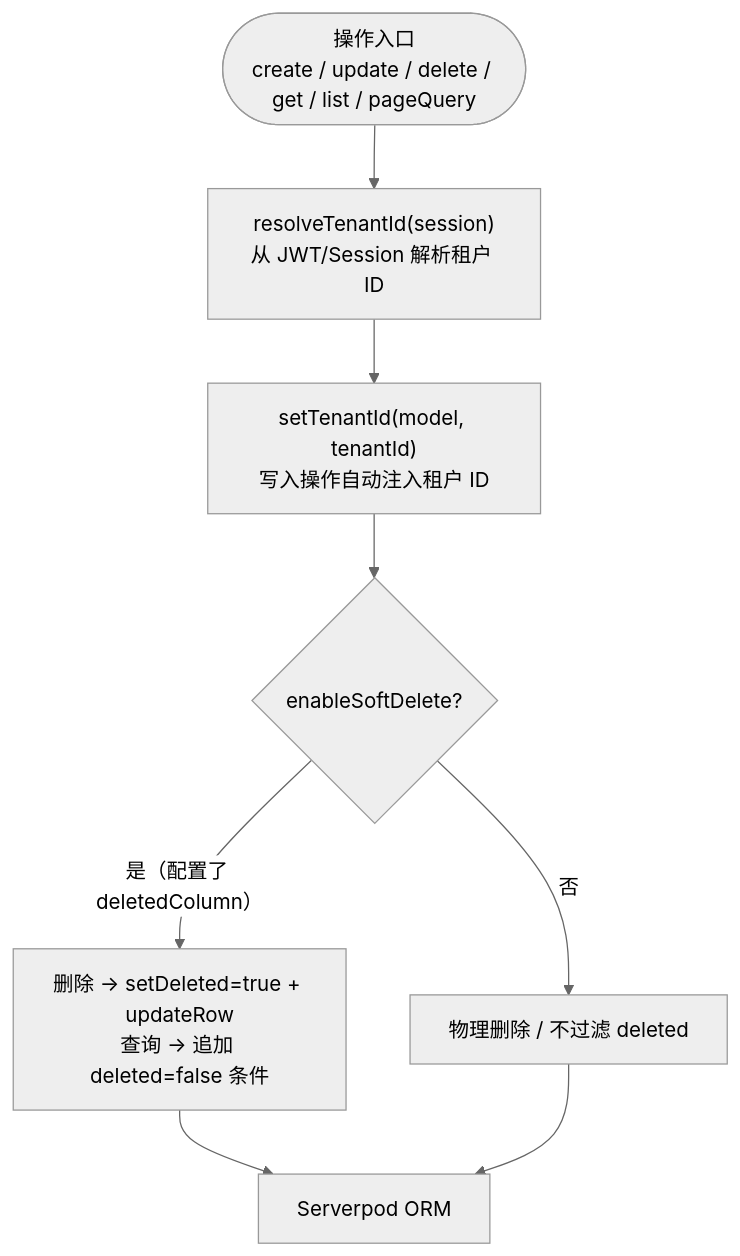
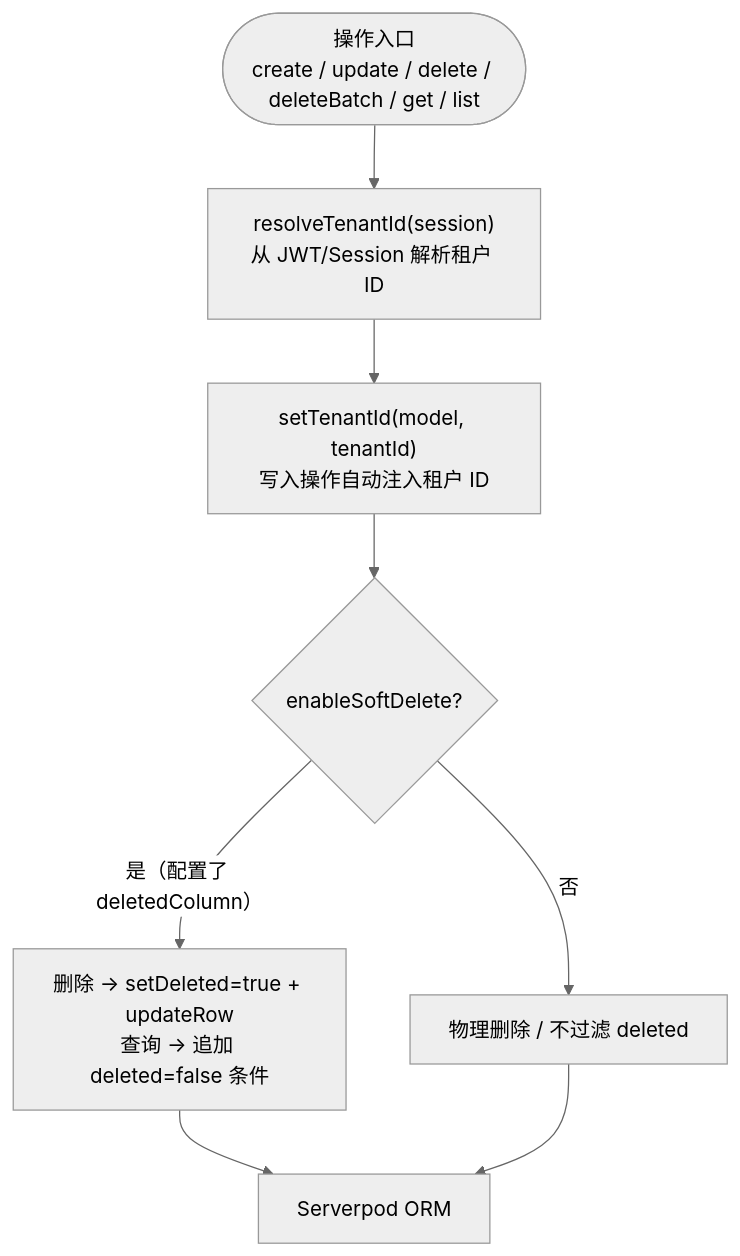
The third of 8 diagrams in serverpod_crud/README.md (coderxsle/flutter_web_admin), drawn with Mermaid (neutral theme) before and after one commit. The commit also changed other lines of this file and 351 other files, not shown here.

````diff
--- a/serverpod_crud/README.md
+++ b/serverpod_crud/README.md
@@ -179,11 +174,11 @@
 ```mermaid
 flowchart TD
-    Op(["操作入口<br/>create / update / delete / get / list / pageQuery"])
+    Op(["操作入口<br/>create / update / delete / deleteBatch / get / list"])
     Op --> Tenant["resolveTenantId(session)<br/>从 JWT/Session 解析租户 ID"]
     Tenant --> Inject["setTenantId(model, tenantId)<br/>写入操作自动注入租户 ID"]
     Inject --> SD{"enableSoftDelete?"}
     SD -->|"是（配置了 deletedColumn）"| SoftOp["删除 → setDeleted=true + updateRow<br/>查询 → 追加 deleted=false 条件"]
     SD -->|否| HardOp["物理删除 / 不过滤 deleted"]
     SoftOp --> ORM[Serverpod ORM]
     HardOp --> ORM
 ```
````
